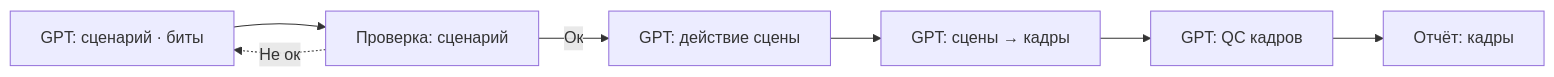
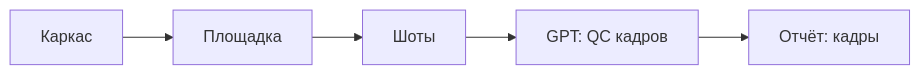
One commit to rohos228-spec/video-pipeline changed the diagram in docs/NODE_GROUP_RULES.md. Above: the diagram before and after it, drawn with Mermaid. The commit also changed other lines of this file and 10 other files, not shown here.

````diff
--- a/docs/NODE_GROUP_RULES.md
+++ b/docs/NODE_GROUP_RULES.md
@@ -7,15 +7,12 @@
 ```mermaid
 flowchart LR
-    script["GPT: сценарий · биты"]
-    check_script["Проверка: сценарий"]
-    action["GPT: действие сцены"]
-    shots["GPT: сцены → кадры"]
+    script["Каркас"]
+    action["Площадка"]
+    shots["Шоты"]
     qc["GPT: QC кадров"]
     report["Отчёт: кадры"]
-    script --> check_script
-    check_script -->|Ок| action
+    script --> action
     action --> shots
     shots --> qc
     qc --> report
-    check_script -.->|Не ок| script
 ```
````
